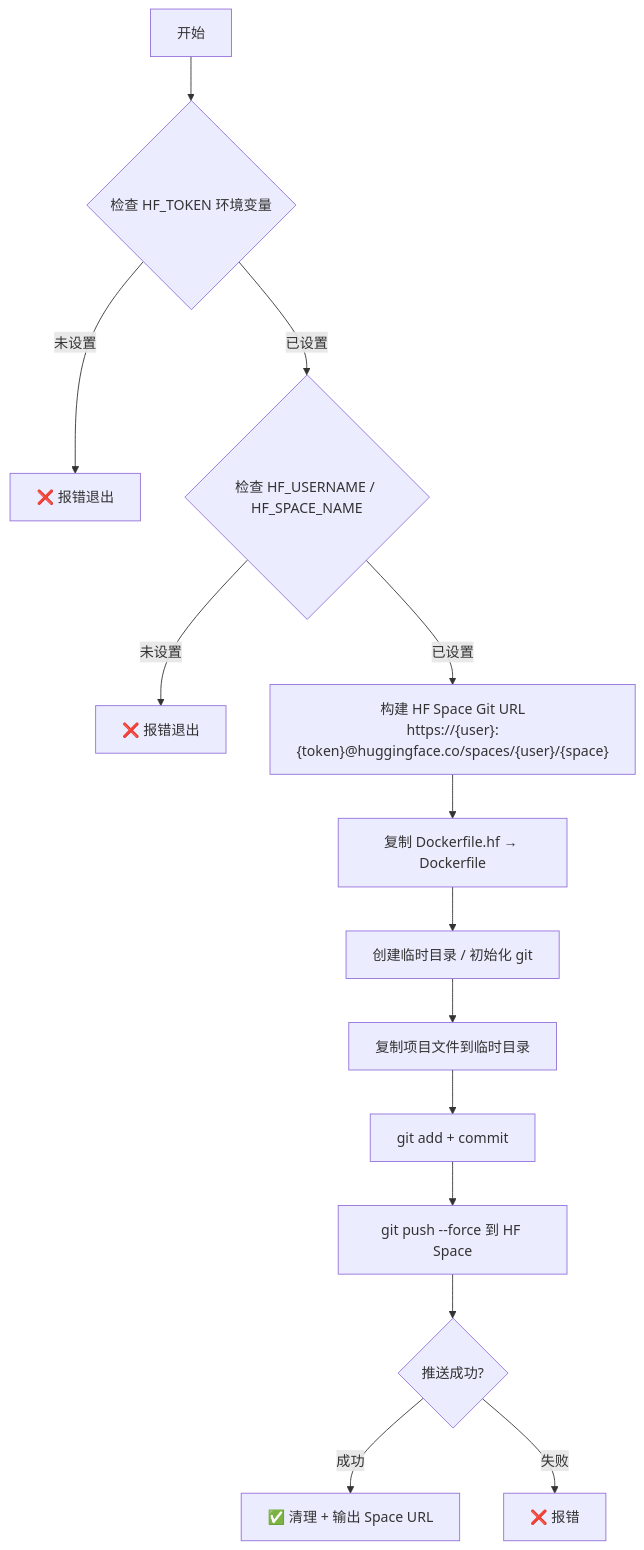
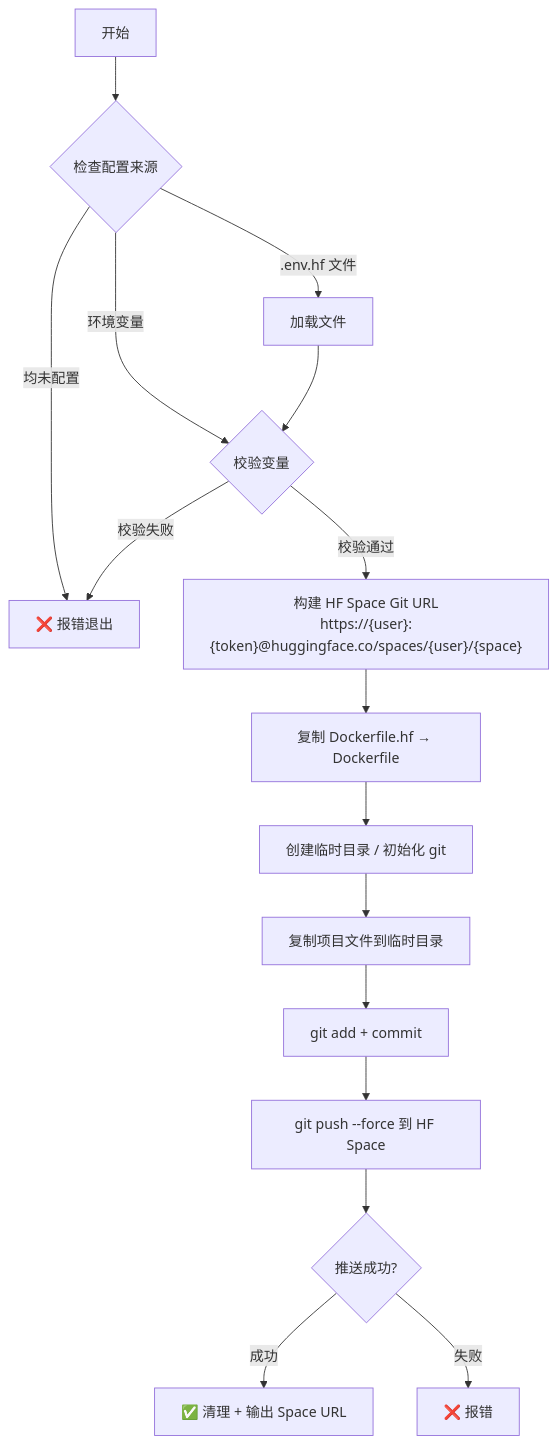
The diagram in docs/hf-space-deploy.md (shadaileng/tarot-poster-service), drawn with Mermaid before and after one commit. The commit also changed other lines of this file and 7 other files, not shown here.

````diff
--- a/docs/hf-space-deploy.md
+++ b/docs/hf-space-deploy.md
@@ -11,16 +11,17 @@
 ```mermaid
 flowchart TD
-    A[开始] --> B{检查 HF_TOKEN 环境变量}
-    B -->|未设置| C["❌ 报错退出"]
-    B -->|已设置| D{检查 HF_USERNAME / HF_SPACE_NAME}
-    D -->|未设置| E["❌ 报错退出"]
-    D -->|已设置| F["构建 HF Space Git URL<br/>https://{user}:{token}@huggingface.co/spaces/{user}/{space}"]
+    A[开始] --> B{检查配置来源}
+    B -->|环境变量| D{校验变量}
+    B -->|.env.hf 文件| C[加载文件] --> D
+    B -->|均未配置| E["❌ 报错退出"]
+    D -->|校验失败| E
+    D -->|校验通过| F["构建 HF Space Git URL<br/>https://{user}:{token}@huggingface.co/spaces/{user}/{space}"]
     F --> G["复制 Dockerfile.hf → Dockerfile"]
     G --> H["创建临时目录 / 初始化 git"]
     H --> I["复制项目文件到临时目录"]
     I --> J["git add + commit"]
     J --> K["git push --force 到 HF Space"]
     K --> L{推送成功?}
     L -->|成功| M["✅ 清理 + 输出 Space URL"]
     L -->|失败| N["❌ 报错"]
 ```
````
